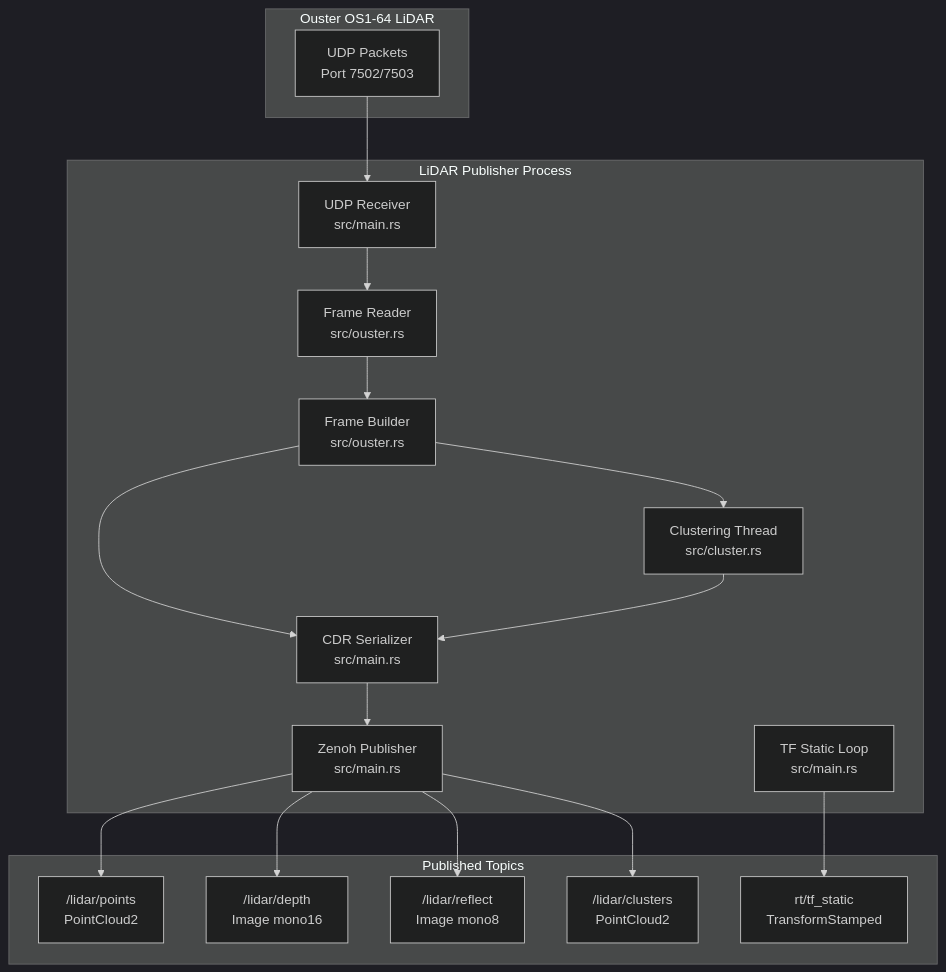
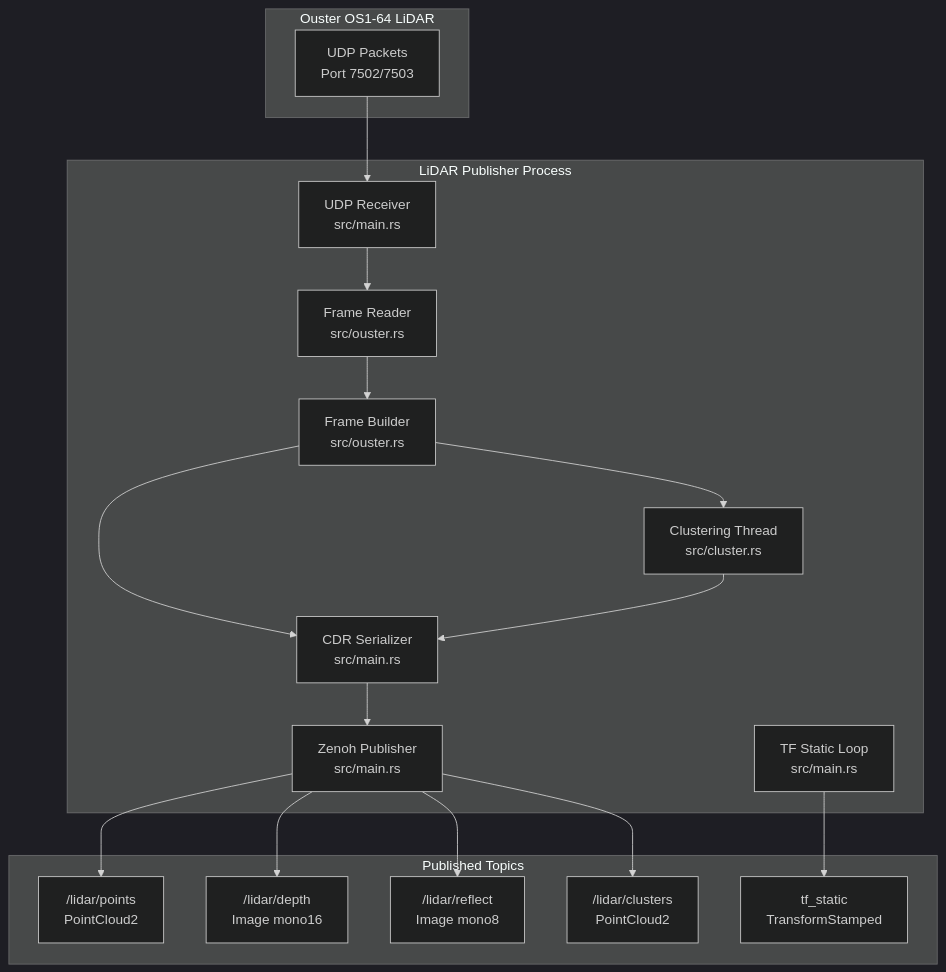
One commit to EdgeFirstAI/lidarpub changed the first of 9 diagrams in ARCHITECTURE.md. Above: the diagram before and after it, drawn with Mermaid (dark theme). The commit also changed other lines of this file and 7 other files, not shown here.

````diff
--- a/ARCHITECTURE.md
+++ b/ARCHITECTURE.md
@@ -57,37 +57,37 @@
 ```mermaid
 graph TB
     subgraph Sensor["Ouster OS1-64 LiDAR"]
         UDP["UDP Packets<br/>Port 7502/7503"]
     end
     
     subgraph Publisher["LiDAR Publisher Process"]
         Receiver["UDP Receiver<br/>src/main.rs"]
         FrameReader["Frame Reader<br/>src/ouster.rs"]
         FrameBuilder["Frame Builder<br/>src/ouster.rs"]
         Clustering["Clustering Thread<br/>src/cluster.rs"]
         Serializer["CDR Serializer<br/>src/main.rs"]
         ZenohPub["Zenoh Publisher<br/>src/main.rs"]
         TFStatic["TF Static Loop<br/>src/main.rs"]
     end
     
     subgraph Output["Published Topics"]
         Points["/lidar/points<br/>PointCloud2"]
         Depth["/lidar/depth<br/>Image mono16"]
         Reflect["/lidar/reflect<br/>Image mono8"]
         Clusters["/lidar/clusters<br/>PointCloud2"]
-        TF["rt/tf_static<br/>TransformStamped"]
+        TF["tf_static<br/>TransformStamped"]
     end
     
     UDP --> Receiver
     Receiver --> FrameReader
     FrameReader --> FrameBuilder
     FrameBuilder --> Clustering
     FrameBuilder --> Serializer
     Clustering --> Serializer
     Serializer --> ZenohPub
     ZenohPub --> Points
     ZenohPub --> Depth
     ZenohPub --> Reflect
     ZenohPub --> Clusters
     TFStatic --> TF
 ```
````
